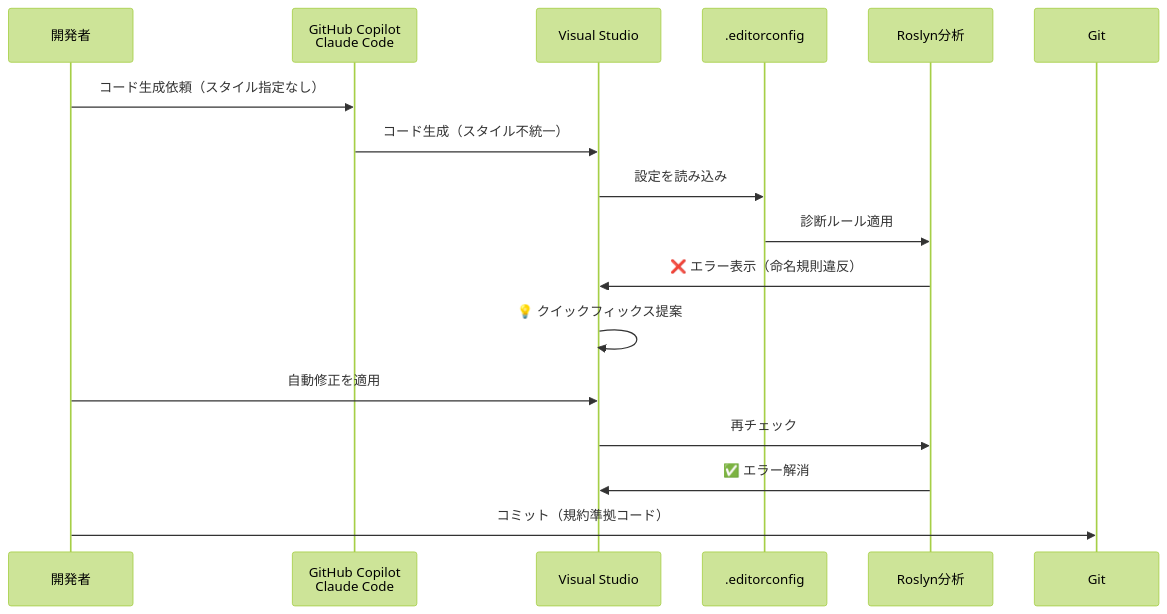
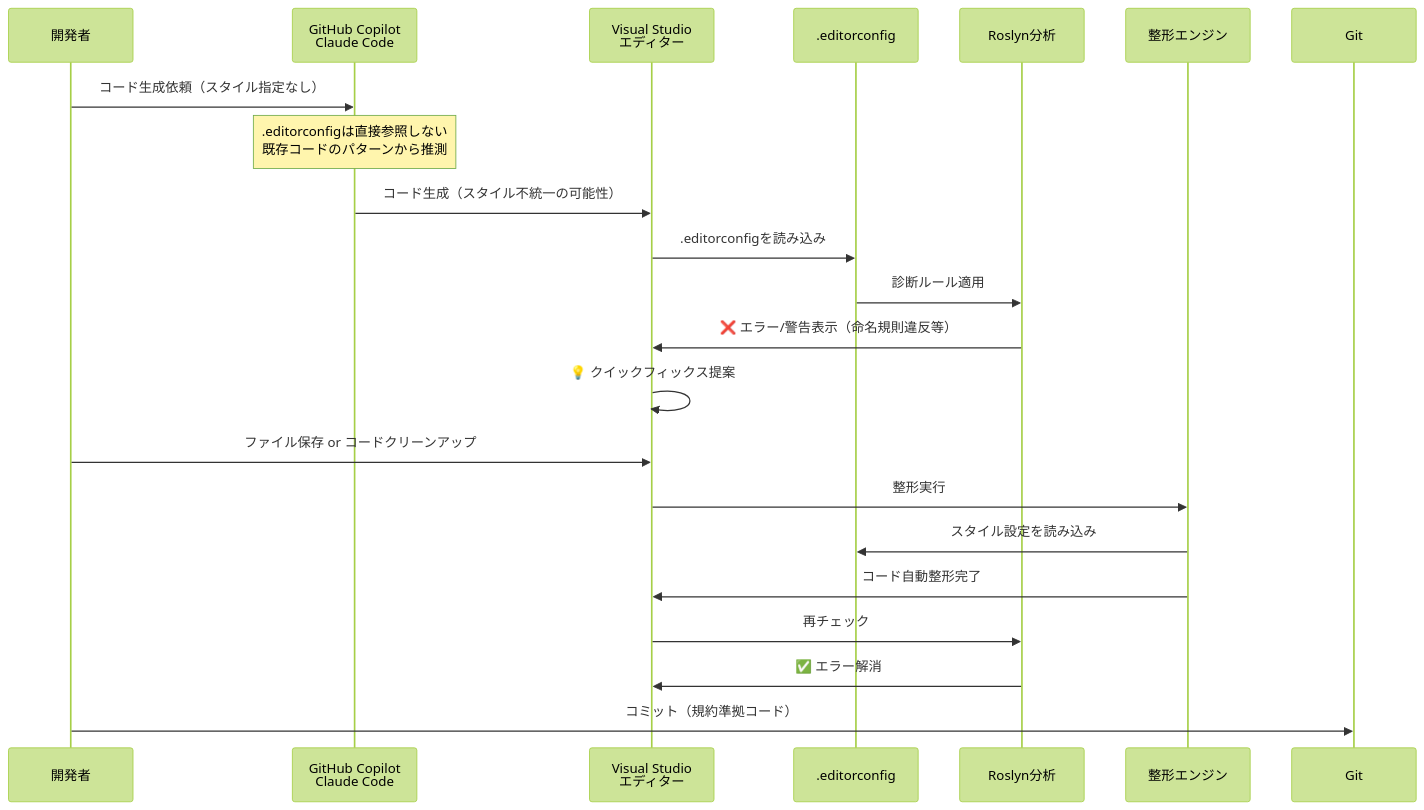
Before and after one commit to pixcelo/zenn-content: the diagram in articles/editorconfig-csharp-visualstudio.md, drawn with Mermaid (forest theme). The commit also changed other lines of this file, not shown here.

````diff
--- a/articles/editorconfig-csharp-visualstudio.md
+++ b/articles/editorconfig-csharp-visualstudio.md
@@ -377,20 +458,25 @@
 ```mermaid
 sequenceDiagram
     participant Dev as 開発者
     participant AI as GitHub Copilot<br/>Claude Code
-    participant VS as Visual Studio
+    participant VS as Visual Studio<br/>エディター
     participant EC as .editorconfig
     participant Roslyn as Roslyn分析
+    participant Format as 整形エンジン
     participant Git as Git
 
     Dev->>AI: コード生成依頼（スタイル指定なし）
-    AI->>VS: コード生成（スタイル不統一）
-    VS->>EC: 設定を読み込み
+    Note over AI: .editorconfigは直接参照しない<br/>既存コードのパターンから推測
+    AI->>VS: コード生成（スタイル不統一の可能性）
+    VS->>EC: .editorconfigを読み込み
     EC->>Roslyn: 診断ルール適用
-    Roslyn->>VS: ❌ エラー表示（命名規則違反）
+    Roslyn->>VS: ❌ エラー/警告表示（命名規則違反等）
     VS->>VS: 💡 クイックフィックス提案
-    Dev->>VS: 自動修正を適用
+    Dev->>VS: ファイル保存 or コードクリーンアップ
+    VS->>Format: 整形実行
+    Format->>EC: スタイル設定を読み込み
+    Format->>VS: コード自動整形完了
     VS->>Roslyn: 再チェック
     Roslyn->>VS: ✅ エラー解消
     Dev->>Git: コミット（規約準拠コード）
 ```
````
